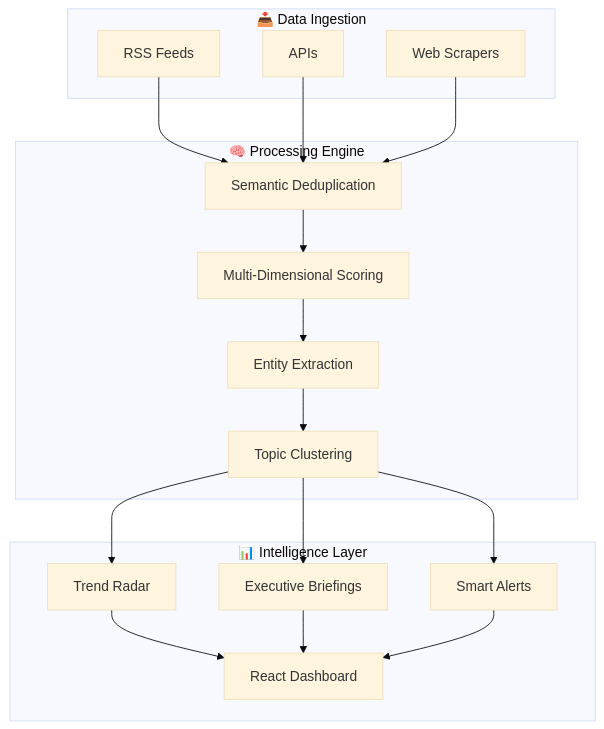
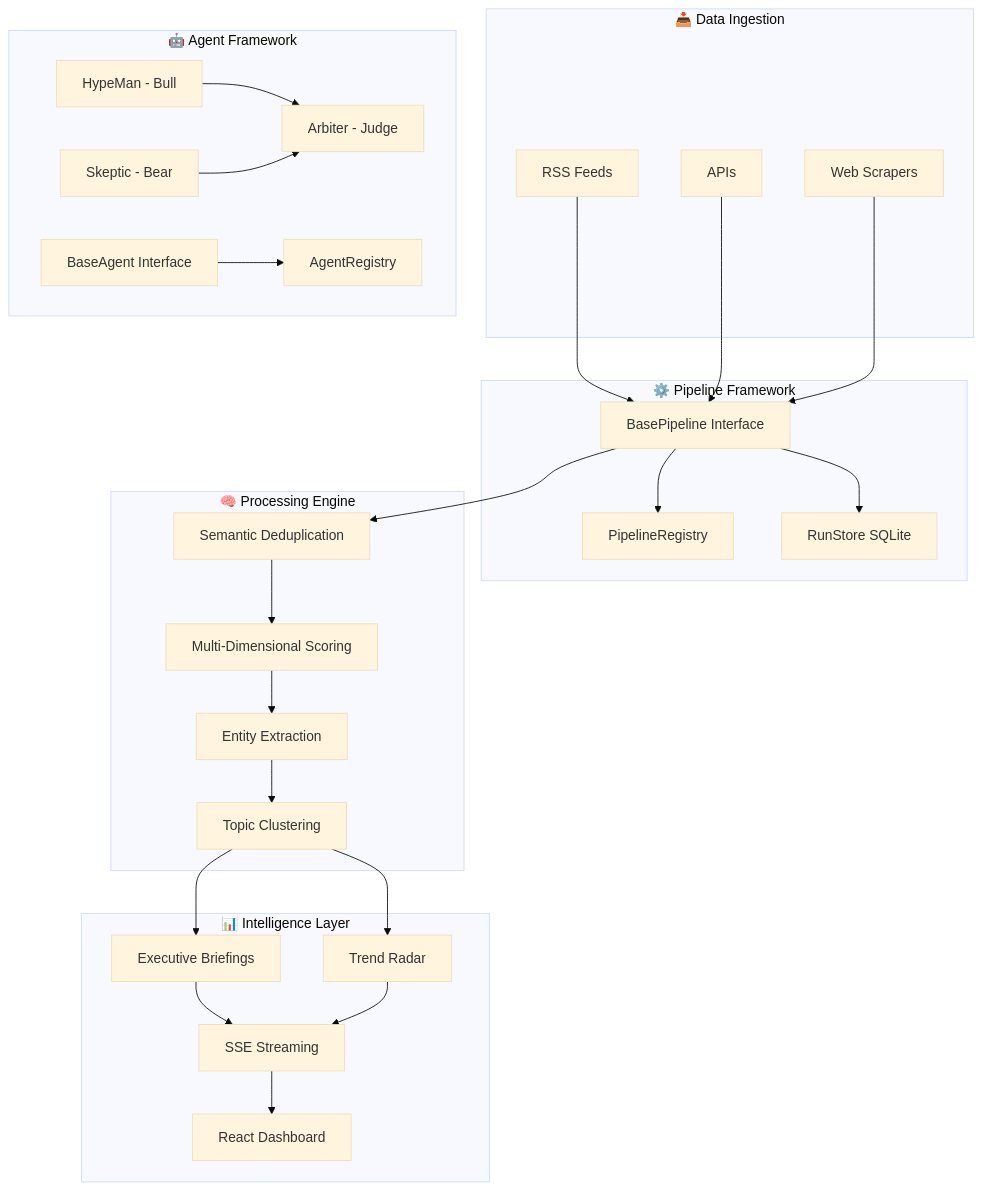
The diagram in README.md (DragonSun329/briefAI), drawn with Mermaid (base theme) before and after one commit. The commit also changed other lines of this file and 5642 other files, not shown here.

````diff
--- a/README.md
+++ b/README.md
@@ -22,35 +23,54 @@
 ```mermaid
 graph TD
     subgraph Input["📥 Data Ingestion"]
         RSS[RSS Feeds]
         API[APIs]
         Scrape[Web Scrapers]
+    end
+
+    subgraph Pipeline["⚙️ Pipeline Framework"]
+        Base[BasePipeline Interface]
+        Registry[PipelineRegistry]
+        RunStore[RunStore SQLite]
+    end
+
+    subgraph Agents["🤖 Agent Framework"]
+        AgentBase[BaseAgent Interface]
+        AgentReg[AgentRegistry]
+        HypeMan[HypeMan - Bull]
+        Skeptic[Skeptic - Bear]
+        Arbiter[Arbiter - Judge]
     end
 
     subgraph Core["🧠 Processing Engine"]
         Dedup[Semantic Deduplication]
         Score[Multi-Dimensional Scoring]
         NER[Entity Extraction]
         Cluster[Topic Clustering]
     end
 
     subgraph Output["📊 Intelligence Layer"]
         Brief[Executive Briefings]
         Radar[Trend Radar]
-        Alerts[Smart Alerts]
+        SSE[SSE Streaming]
         Dashboard[React Dashboard]
     end
 
-    RSS --> Dedup
-    API --> Dedup
-    Scrape --> Dedup
+    RSS --> Base
+    API --> Base
+    Scrape --> Base
+    Base --> Registry
+    Base --> Dedup
     Dedup --> Score
     Score --> NER
     NER --> Cluster
     Cluster --> Brief
     Cluster --> Radar
-    Cluster --> Alerts
-    Radar --> Dashboard
-    Brief --> Dashboard
-    Alerts --> Dashboard
+    Brief --> SSE
+    Radar --> SSE
+    SSE --> Dashboard
+    Base --> RunStore
+    HypeMan --> Arbiter
+    Skeptic --> Arbiter
+    AgentBase --> AgentReg
 ```
````
